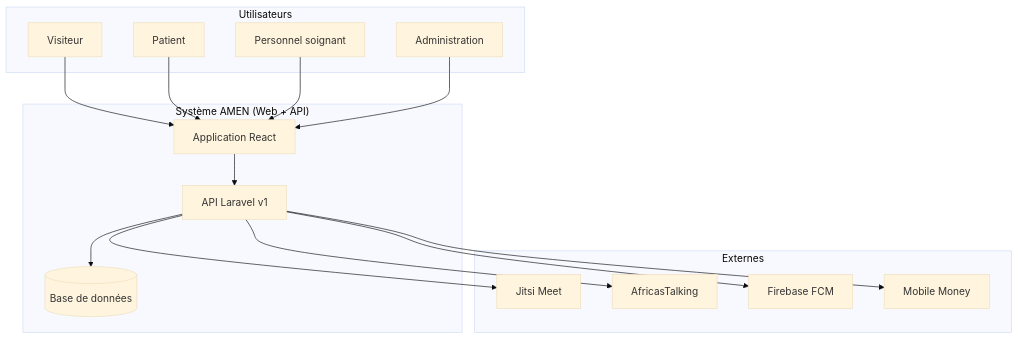
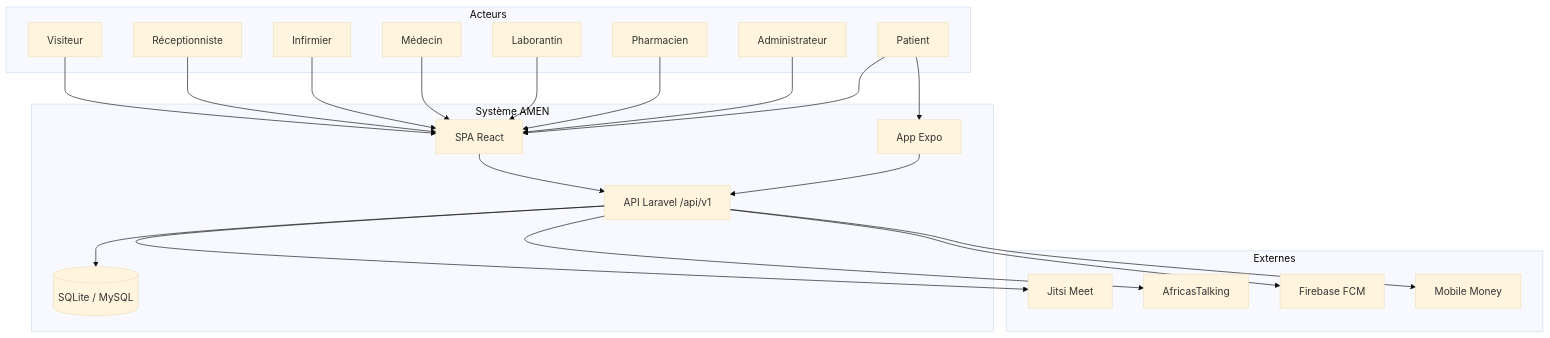
One commit to Exauce09/TFC-ENGWELE changed the third of 9 diagrams in docs/CHAPITRE_3_ANALYSE_CONCEPTION.md. Above: the diagram before and after it, drawn with Mermaid (base theme). The commit also changed other lines of this file and 87 other files, not shown here.

````diff
--- a/docs/CHAPITRE_3_ANALYSE_CONCEPTION.md
+++ b/docs/CHAPITRE_3_ANALYSE_CONCEPTION.md
@@ -199,30 +252,41 @@
 ```mermaid
 flowchart TB
-    subgraph Utilisateurs
-        P[Patient]
-        M[Personnel soignant]
-        A[Administration]
-        V[Visiteur]
-    end
-  subgraph Systeme["Système AMEN (Web + API)"]
-        WEB[Application React]
-        API[API Laravel v1]
-        DB[(Base de données)]
-    end
-    subgraph Externes
-        JIT[Jitsi Meet]
-        SMS[AfricasTalking]
-        FCM[Firebase FCM]
-        MM[Mobile Money]
-    end
-    V --> WEB
-    P --> WEB
-    M --> WEB
-    A --> WEB
-    WEB --> API
-    API --> DB
-    API --> JIT
-    API --> SMS
-    API --> FCM
-    API --> MM
+  subgraph Acteurs
+    Rec[Réceptionniste]
+    Inf[Infirmier]
+    Med[Médecin]
+    Lab[Laborantin]
+    Pha[Pharmacien]
+    Pat[Patient]
+    Adm[Administrateur]
+    Vis[Visiteur]
+  end
+  subgraph Systeme["Système AMEN"]
+    WEB[SPA React]
+    MOB[App Expo]
+    API[API Laravel /api/v1]
+    DB[(SQLite / MySQL)]
+  end
+  subgraph Externes
+    JIT[Jitsi Meet]
+    SMS[AfricasTalking]
+    FCM[Firebase FCM]
+    MM[Mobile Money]
+  end
+  Vis --> WEB
+  Rec --> WEB
+  Inf --> WEB
+  Med --> WEB
+  Lab --> WEB
+  Pha --> WEB
+  Adm --> WEB
+  Pat --> WEB
+  Pat --> MOB
+  WEB --> API
+  MOB --> API
+  API --> DB
+  API --> JIT
+  API --> SMS
+  API --> FCM
+  API --> MM
 ```
````
